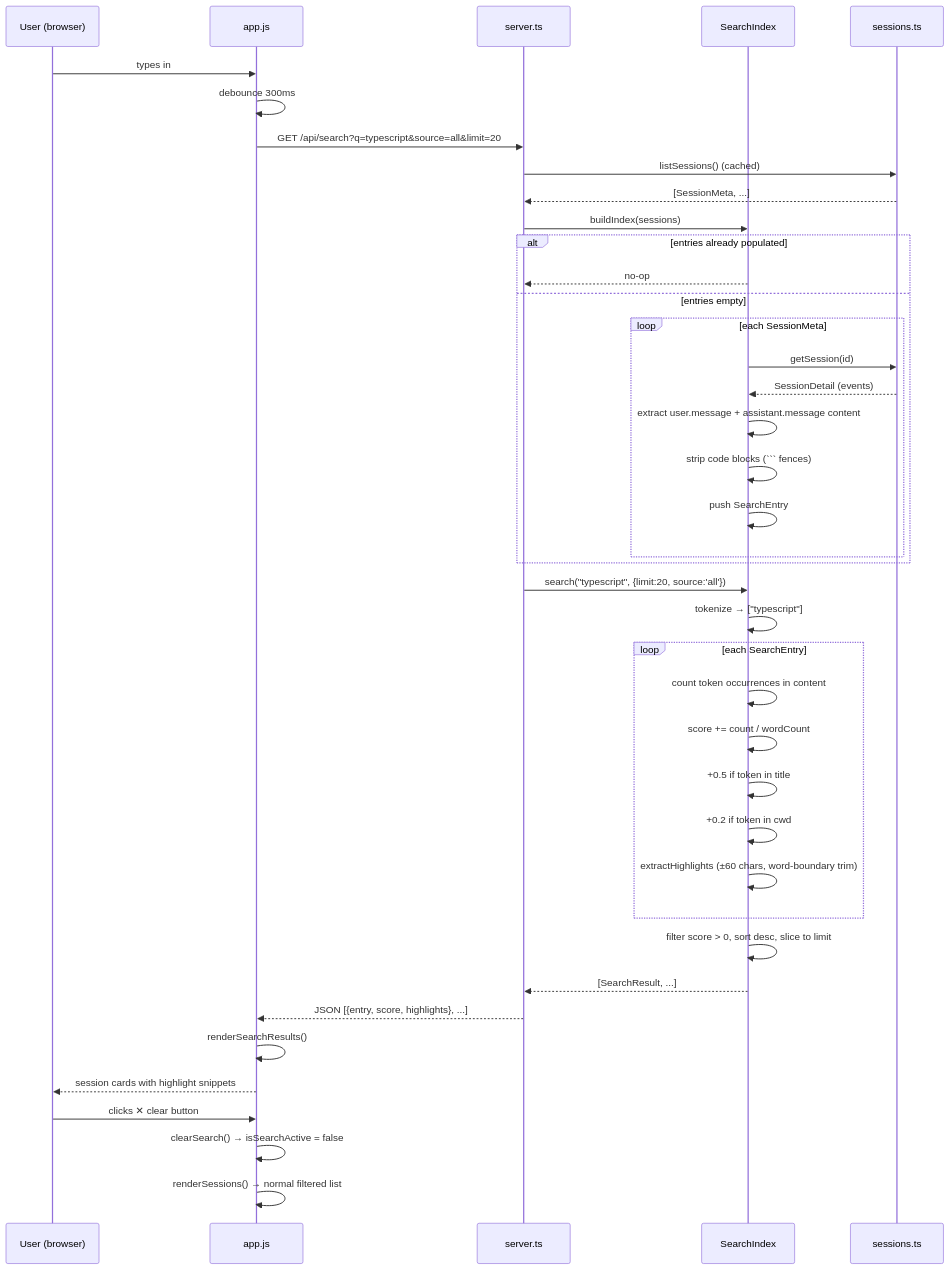
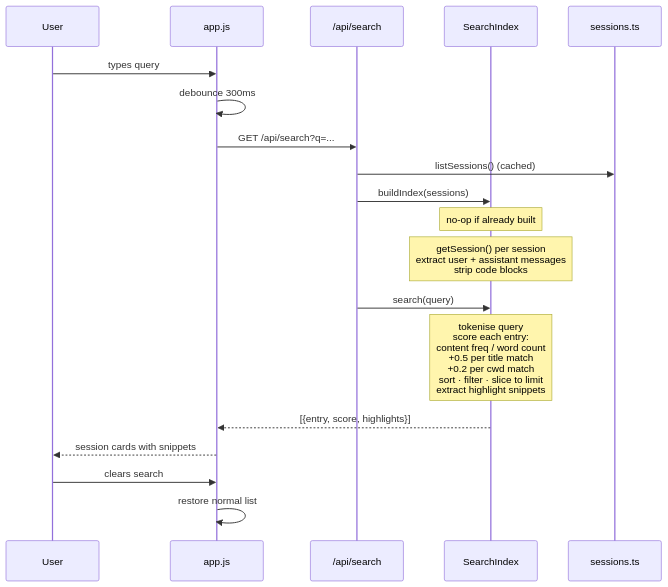
Before and after one commit to pavanvamsi3/copilot-lens: the second of 3 diagrams in architecture_mermaid.md, drawn with Mermaid. The commit also changed other lines of this file, not shown here.

Commit message:
docs: simplify architecture_mermaid.md to focus on search overview

````diff
--- a/architecture_mermaid.md
+++ b/architecture_mermaid.md
@@ -138,44 +37,26 @@
 ```mermaid
 sequenceDiagram
-    participant U as User (browser)
+    participant U as User
     participant JS as app.js
-    participant S as server.ts
+    participant API as /api/search
     participant SI as SearchIndex
     participant Ses as sessions.ts
 
-    U->>JS: types in #searchInput
+    U->>JS: types query
     JS->>JS: debounce 300ms
-    JS->>S: GET /api/search?q=typescript&source=all&limit=20
-    S->>Ses: listSessions() (cached)
-    Ses-->>S: [SessionMeta, ...]
-    S->>SI: buildIndex(sessions)
-    alt entries already populated
-        SI-->>S: no-op
-    else entries empty
-        loop each SessionMeta
-            SI->>Ses: getSession(id)
-            Ses-->>SI: SessionDetail (events)
-            SI->>SI: extract user.message + assistant.message content
-            SI->>SI: strip code blocks (``` fences)
-            SI->>SI: push SearchEntry
-        end
-    end
-    S->>SI: search("typescript", {limit:20, source:'all'})
-    SI->>SI: tokenize → ["typescript"]
-    loop each SearchEntry
-        SI->>SI: count token occurrences in content
-        SI->>SI: score += count / wordCount
-        SI->>SI: +0.5 if token in title
-        SI->>SI: +0.2 if token in cwd
-        SI->>SI: extractHighlights (±60 chars, word-boundary trim)
-    end
-    SI->>SI: filter score > 0, sort desc, slice to limit
-    SI-->>S: [SearchResult, ...]
-    S-->>JS: JSON [{entry, score, highlights}, ...]
-    JS->>JS: renderSearchResults()
-    JS-->>U: session cards with highlight snippets
+    JS->>API: GET /api/search?q=...
 
-    U->>JS: clicks ✕ clear button
-    JS->>JS: clearSearch() → isSearchActive = false
-    JS->>JS: renderSessions() → normal filtered list
+    API->>Ses: listSessions() (cached)
+    API->>SI: buildIndex(sessions)
+    Note over SI: no-op if already built
+    Note over SI: getSession() per session<br/>extract user + assistant messages<br/>strip code blocks
+
+    API->>SI: search(query)
+    Note over SI: tokenise query<br/>score each entry:<br/>  content freq / word count<br/>  +0.5 per title match<br/>  +0.2 per cwd match<br/>sort · filter · slice to limit<br/>extract highlight snippets
+
+    SI-->>JS: [{entry, score, highlights}]
+    JS-->>U: session cards with snippets
+
+    U->>JS: clears search
+    JS->>JS: restore normal list
 ```
````
